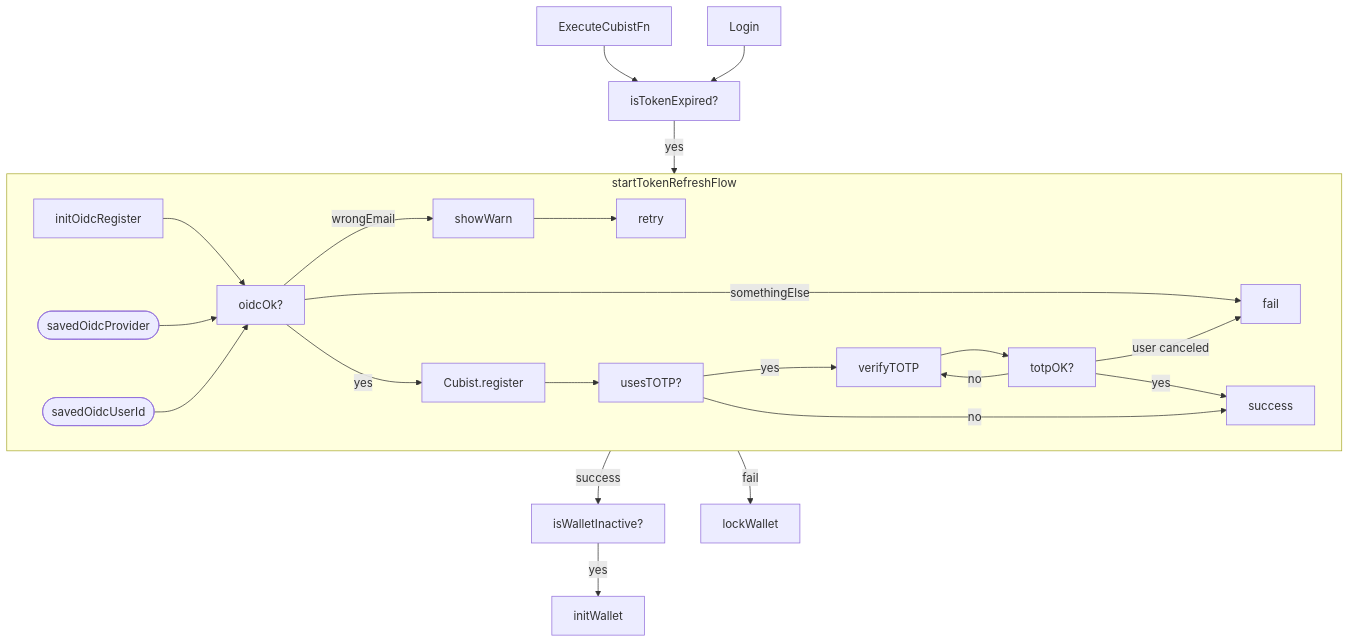
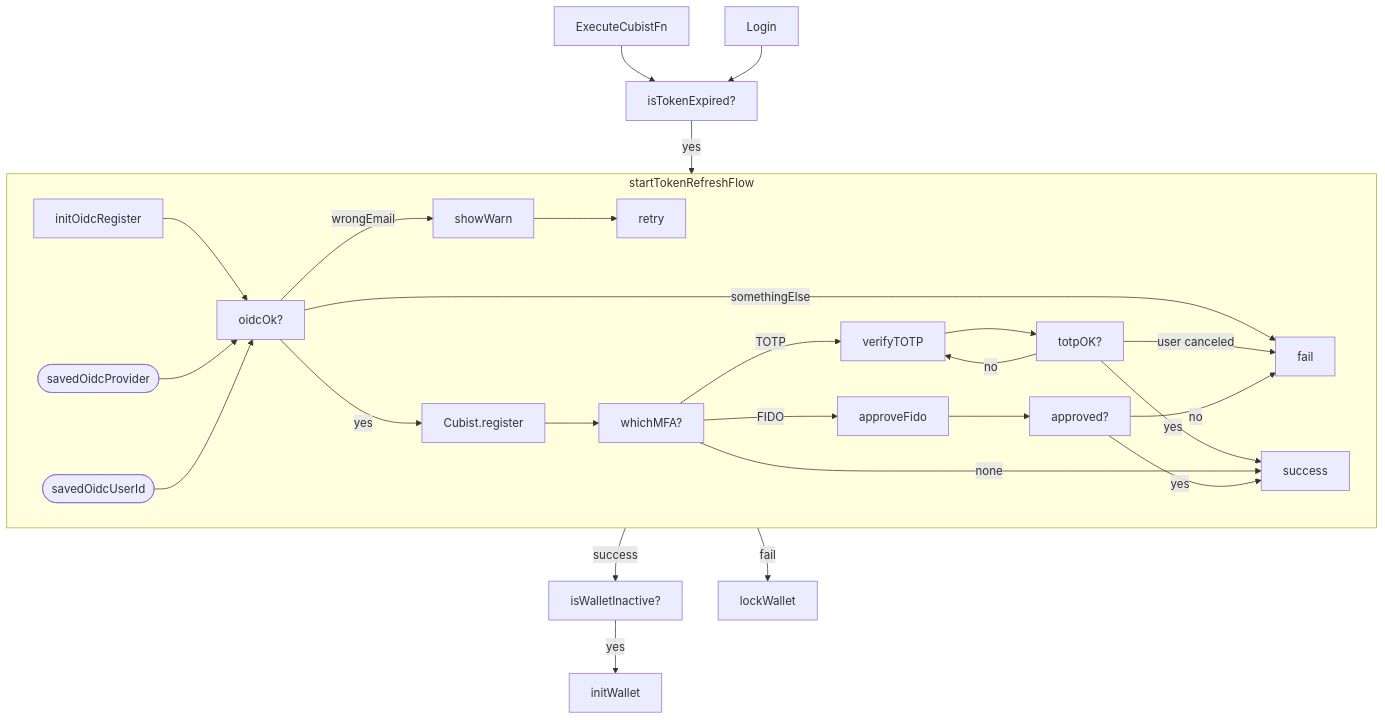
Before and after one commit to ava-labs/core-mobile: the diagram in packages/core-mobile/docs/token_refresh_flow.md, drawn with Mermaid. The commit also changed 1 other file, not shown here.

Commit message:
Implement handling other MFA options when refreshing seedless token

````diff
--- a/packages/core-mobile/docs/token_refresh_flow.md
+++ b/packages/core-mobile/docs/token_refresh_flow.md
@@ -13,23 +13,26 @@
 ```mermaid
 graph TD
 
 ExecuteCubistFn --> isTokenExpired? 
 Login --> isTokenExpired? -- yes --> startTokenRefreshFlow
 startTokenRefreshFlow -- success --> isWalletInactive? -- yes --> initWallet
 startTokenRefreshFlow -- fail --> lockWallet
 
 subgraph startTokenRefreshFlow
 	initOidcRegister --> oidcOk?
 	savedOidcProvider([savedOidcProvider]) --> oidcOk?
 	savedOidcUserId([savedOidcUserId]) --> oidcOk?
 	oidcOk? -- yes --> Cubist.register
 	oidcOk? -- wrongEmail --> showWarn --> retry
 	oidcOk? -- somethingElse --> fail
-	Cubist.register --> usesTOTP?
-	usesTOTP? -- yes --> verifyTOTP
+	Cubist.register --> whichMFA?
+    whichMFA? -- TOTP --> verifyTOTP
 	verifyTOTP --> totpOK? -- yes --> success
 	totpOK? -- no --> verifyTOTP
 	totpOK? -- user canceled --> fail
-	usesTOTP? -- no --> success
+    whichMFA? -- none --> success
+    whichMFA? -- FIDO --> approveFido --> approved?
+    approved? -- yes --> success
+    approved? -- no --> fail
 end
 ```
````
